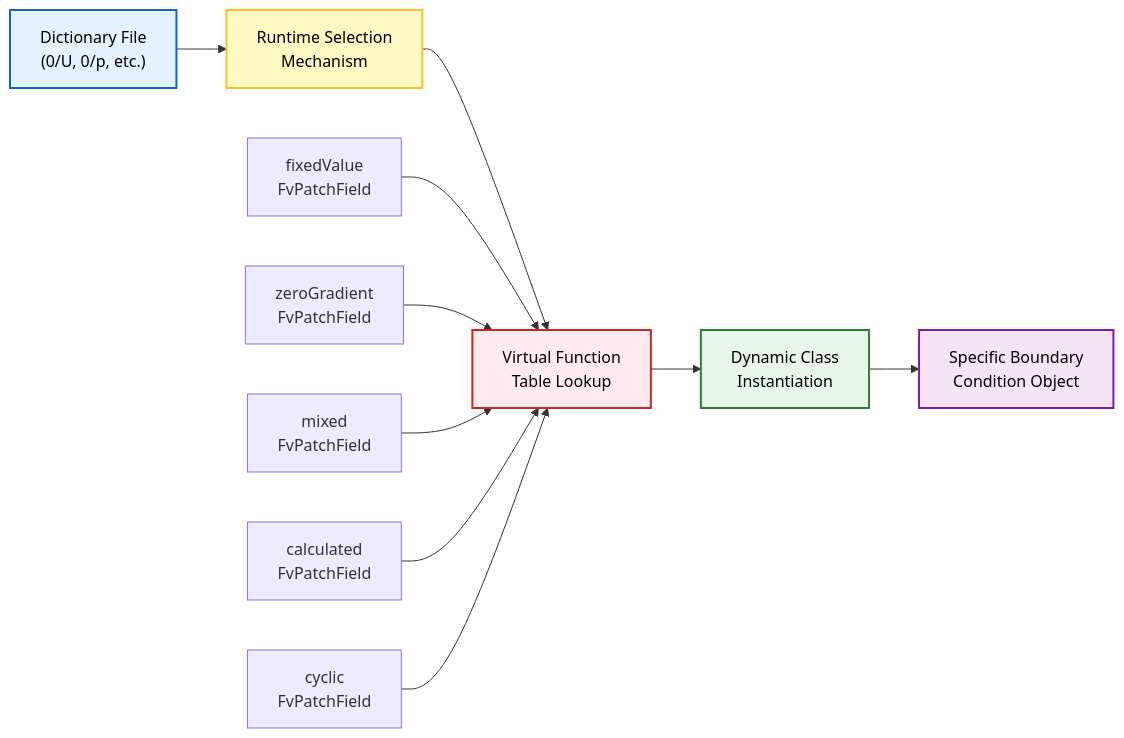
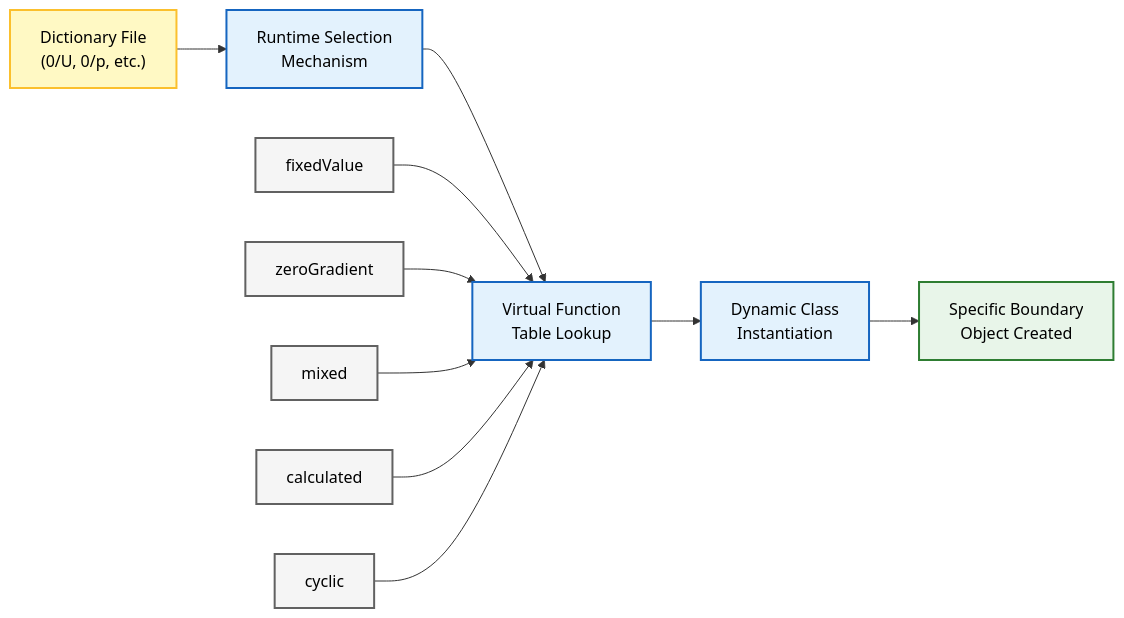
The eighth of 11 diagrams in MODULE_01_CFD_FUNDAMENTALS/CONTENT/03_BOUNDARY_CONDITIONS/02_Fundamental_Classification.md (wramet/build-my-cfd), drawn with Mermaid before and after one commit. The commit also changed other lines of this file and 313 other files, not shown here.

Commit message:
Revise all diagram

````diff
--- a/MODULE_01_CFD_FUNDAMENTALS/CONTENT/03_BOUNDARY_CONDITIONS/02_Fundamental_Classification.md
+++ b/MODULE_01_CFD_FUNDAMENTALS/CONTENT/03_BOUNDARY_CONDITIONS/02_Fundamental_Classification.md
@@ -784,19 +756,18 @@
 ```mermaid
 graph LR
-    A["Dictionary File<br/>(0/U, 0/p, etc.)"] --> B["Runtime Selection<br/>Mechanism"]
-    B --> C["Virtual Function<br/>Table Lookup"]
-    C --> D["Dynamic Class<br/>Instantiation"]
-    D --> E["Specific Boundary<br/>Condition Object"]
+A["Dictionary File<br/>(0/U, 0/p, etc.)"]:::explicit --> B["Runtime Selection<br/>Mechanism"]:::implicit
+B --> C["Virtual Function<br/>Table Lookup"]:::implicit
+C --> D["Dynamic Class<br/>Instantiation"]:::implicit
+D --> E["Specific Boundary<br/>Object Created"]:::volatile
 
-    F["fixedValue<br/>FvPatchField"] --> C
-    G["zeroGradient<br/>FvPatchField"] --> C
-    H["mixed<br/>FvPatchField"] --> C
-    I["calculated<br/>FvPatchField"] --> C
-    J["cyclic<br/>FvPatchField"] --> C
+F["fixedValue"]:::context --> C
+G["zeroGradient"]:::context --> C
+H["mixed"]:::context --> C
+I["calculated"]:::context --> C
+J["cyclic"]:::context --> C
 
-    style A fill:#e3f2fd,stroke:#1565c0,stroke-width:2px,color:#000;
-    style B fill:#fff9c4,stroke:#fbc02d,stroke-width:2px,color:#000;
-    style C fill:#ffebee,stroke:#c62828,stroke-width:2px,color:#000;
-    style D fill:#e8f5e9,stroke:#2e7d32,stroke-width:2px,color:#000;
-    style E fill:#f3e5f5,stroke:#7b1fa2,stroke-width:2px,color:#000
+classDef context fill:#f5f5f5,stroke:#616161,stroke-width:2px,color:#000;
+classDef implicit fill:#e3f2fd,stroke:#1565c0,stroke-width:2px,color:#000;
+classDef explicit fill:#fff9c4,stroke:#fbc02d,stroke-width:2px,color:#000;
+classDef volatile fill:#e8f5e9,stroke:#2e7d32,stroke-width:2px,color:#000;
 ```
````
